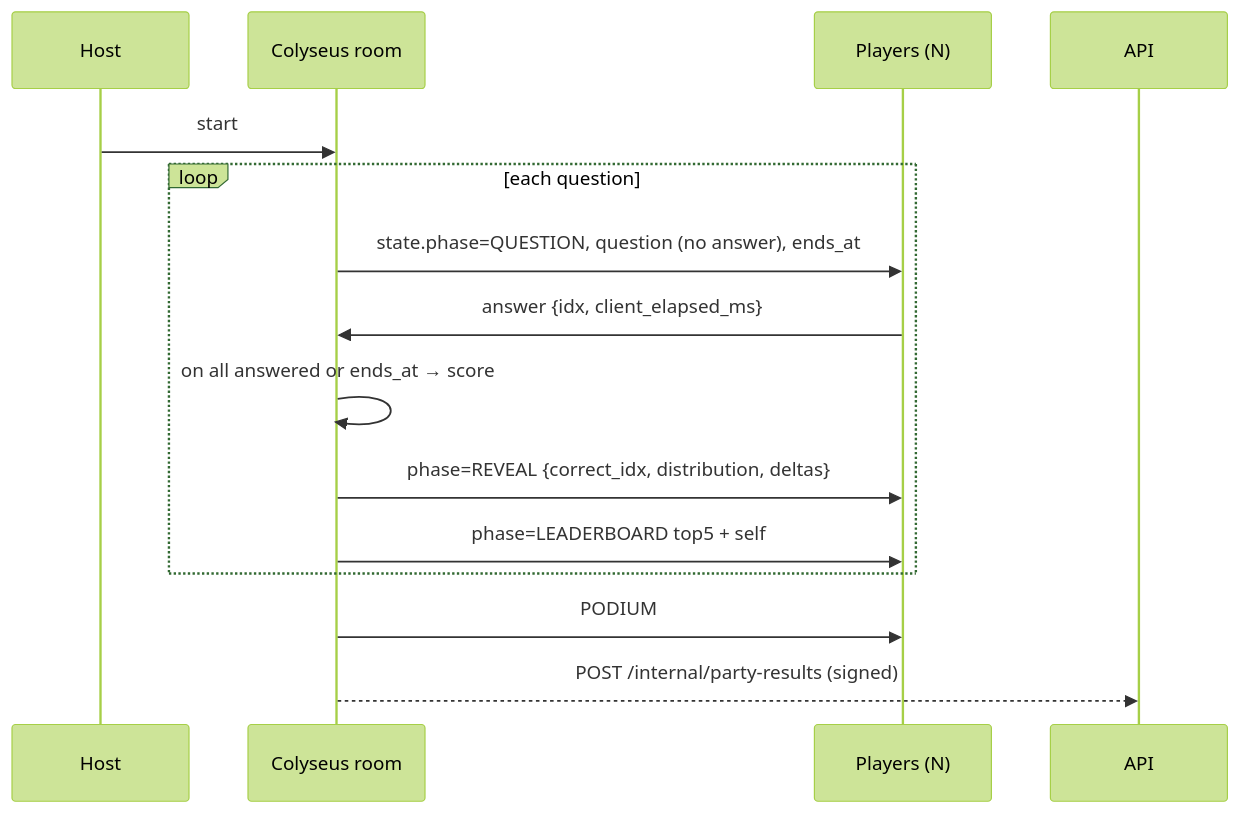
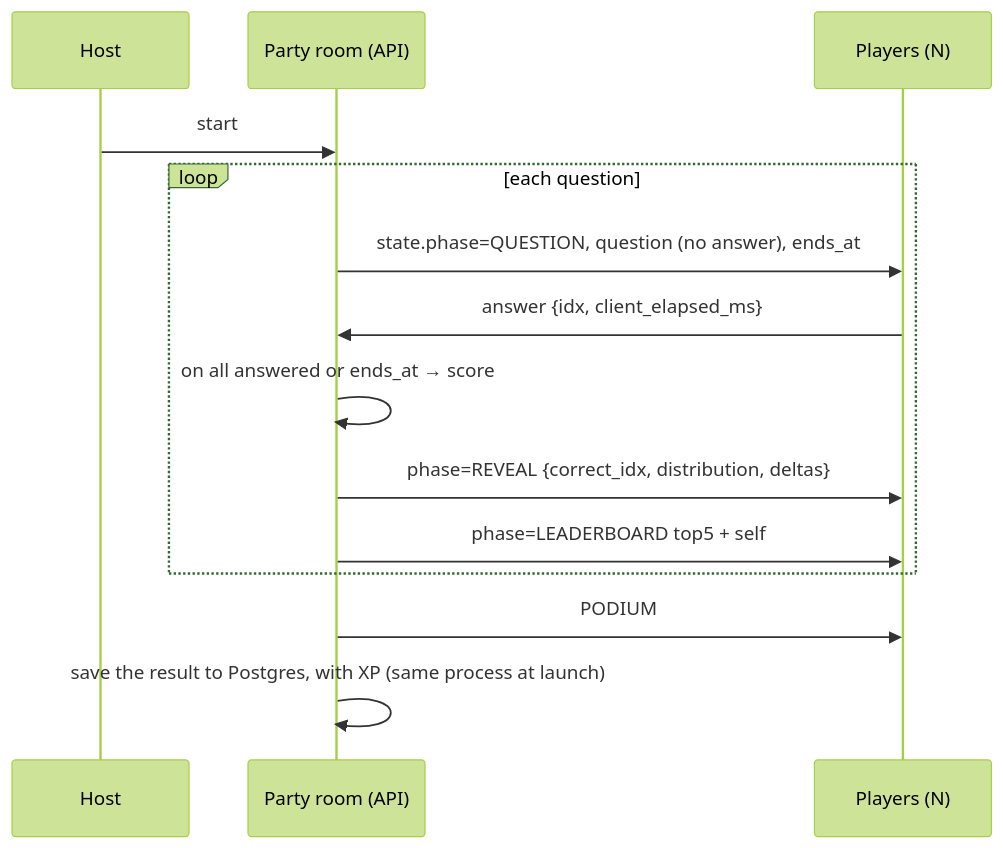
One commit to Realdiamond/Naija-Trivia changed the third of 4 diagrams in docs/07-system-architecture.md. Above: the diagram before and after it, drawn with Mermaid (forest theme). The commit also changed other lines of this file and 29 other files, not shown here.

````diff
--- a/docs/07-system-architecture.md
+++ b/docs/07-system-architecture.md
@@ -149,16 +148,16 @@
 ```mermaid
 sequenceDiagram
   participant H as Host
-  participant RT as Colyseus room
+  participant RT as Party room (API)
   participant Pl as Players (N)
   H->>RT: start
   loop each question
     RT->>Pl: state.phase=QUESTION, question (no answer), ends_at
     Pl->>RT: answer {idx, client_elapsed_ms}
     RT->>RT: on all answered or ends_at → score
     RT->>Pl: phase=REVEAL {correct_idx, distribution, deltas}
     RT->>Pl: phase=LEADERBOARD top5 + self
   end
   RT->>Pl: PODIUM
-  RT-->>API: POST /internal/party-results (signed)
+  RT->>RT: save the result to Postgres, with XP (same process at launch)
 ```
````
